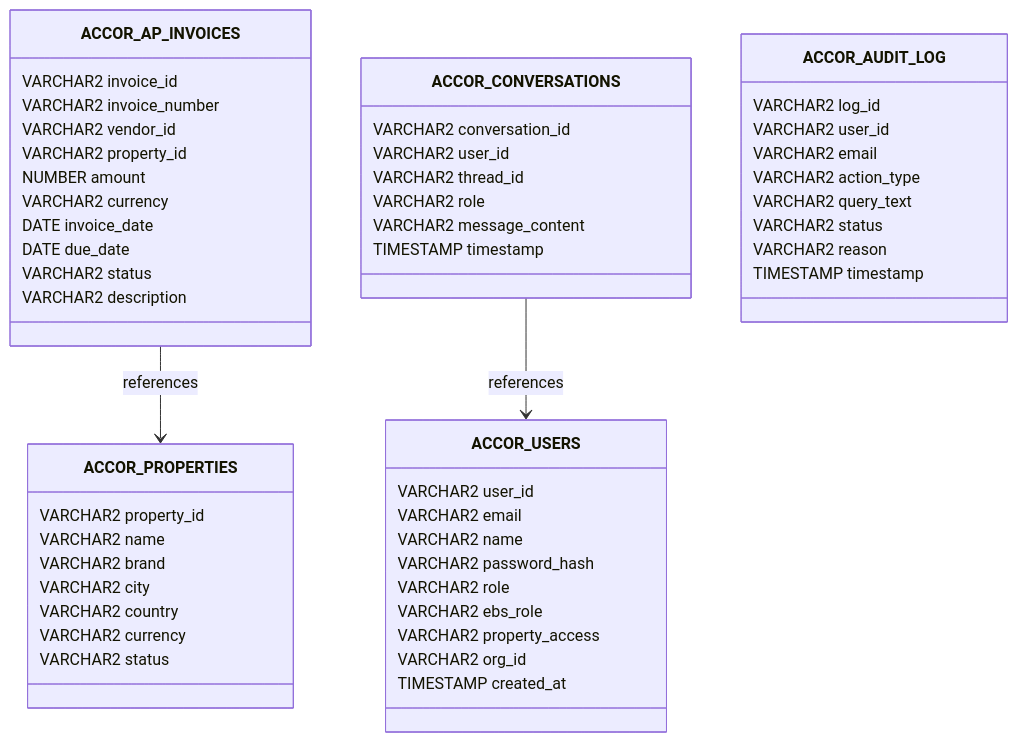
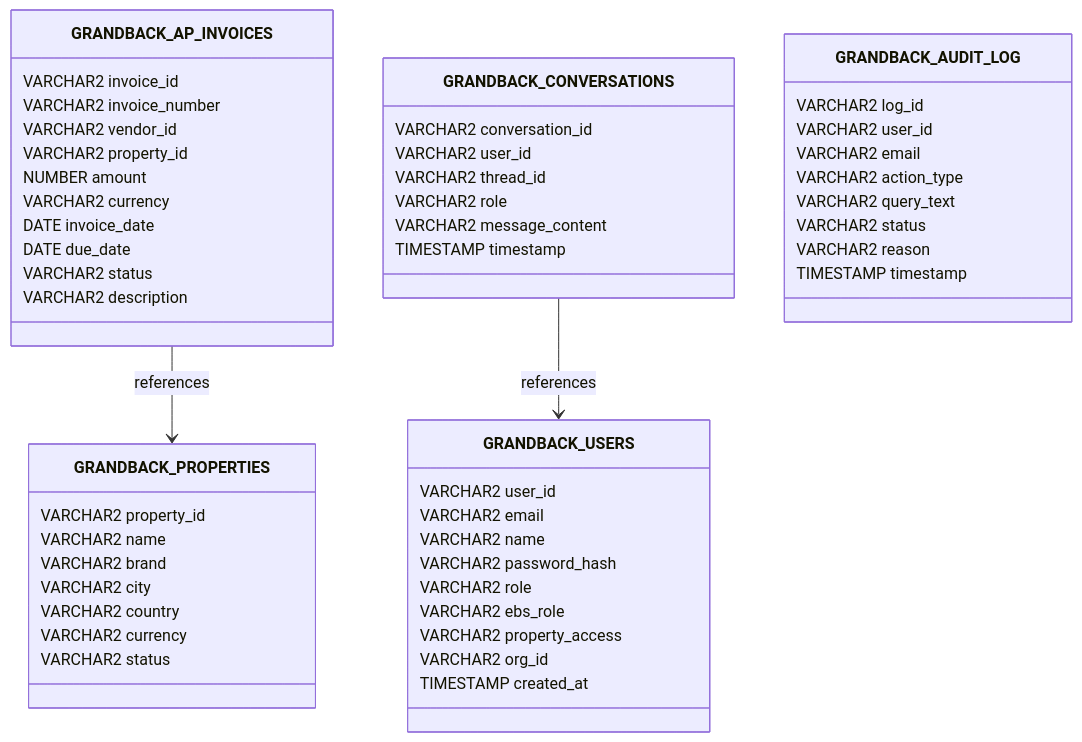
The diagram in TRD.md (maniltns/ojas-apex-varient), drawn with Mermaid before and after one commit. The commit also changed other lines of this file and 45 other files, not shown here.

Commit message:
feat: initialize Grandback EBS bot application and refactor schema to follow naming conventions

````diff
--- a/TRD.md
+++ b/TRD.md
@@ -21,56 +28,56 @@
 ```mermaid
 classDiagram
-    class ACCOR_PROPERTIES {
+    class GRANDBACK_PROPERTIES {
         VARCHAR2 property_id
         VARCHAR2 name
         VARCHAR2 brand
         VARCHAR2 city
         VARCHAR2 country
         VARCHAR2 currency
         VARCHAR2 status
     }
-    class ACCOR_USERS {
+    class GRANDBACK_USERS {
         VARCHAR2 user_id
         VARCHAR2 email
         VARCHAR2 name
         VARCHAR2 password_hash
         VARCHAR2 role
         VARCHAR2 ebs_role
         VARCHAR2 property_access
         VARCHAR2 org_id
         TIMESTAMP created_at
     }
-    class ACCOR_AP_INVOICES {
+    class GRANDBACK_AP_INVOICES {
         VARCHAR2 invoice_id
         VARCHAR2 invoice_number
         VARCHAR2 vendor_id
         VARCHAR2 property_id
         NUMBER amount
         VARCHAR2 currency
         DATE invoice_date
         DATE due_date
         VARCHAR2 status
         VARCHAR2 description
     }
-    class ACCOR_CONVERSATIONS {
+    class GRANDBACK_CONVERSATIONS {
         VARCHAR2 conversation_id
         VARCHAR2 user_id
         VARCHAR2 thread_id
         VARCHAR2 role
         VARCHAR2 message_content
         TIMESTAMP timestamp
     }
-    class ACCOR_AUDIT_LOG {
+    class GRANDBACK_AUDIT_LOG {
         VARCHAR2 log_id
         VARCHAR2 user_id
         VARCHAR2 email
         VARCHAR2 action_type
         VARCHAR2 query_text
         VARCHAR2 status
         VARCHAR2 reason
         TIMESTAMP timestamp
     }
 
-    ACCOR_AP_INVOICES --> ACCOR_PROPERTIES : references
-    ACCOR_CONVERSATIONS --> ACCOR_USERS : references
+    GRANDBACK_AP_INVOICES --> GRANDBACK_PROPERTIES : references
+    GRANDBACK_CONVERSATIONS --> GRANDBACK_USERS : references
 ```
````
